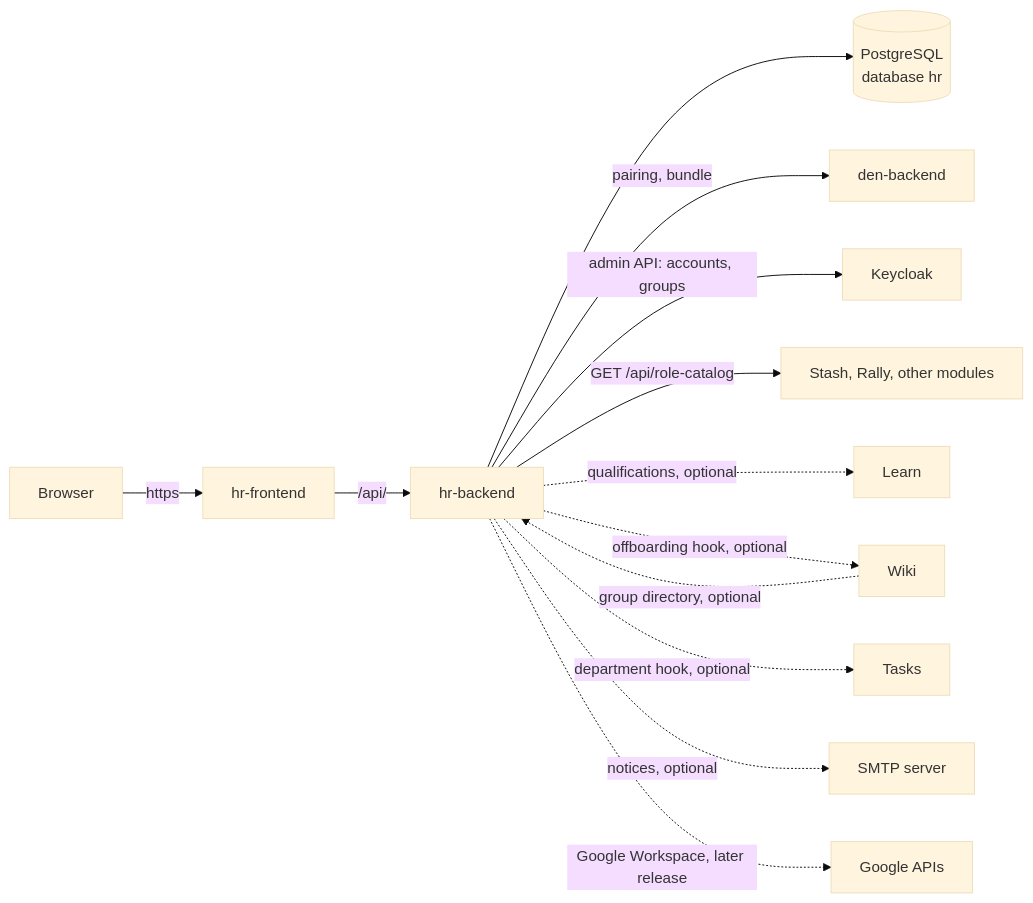
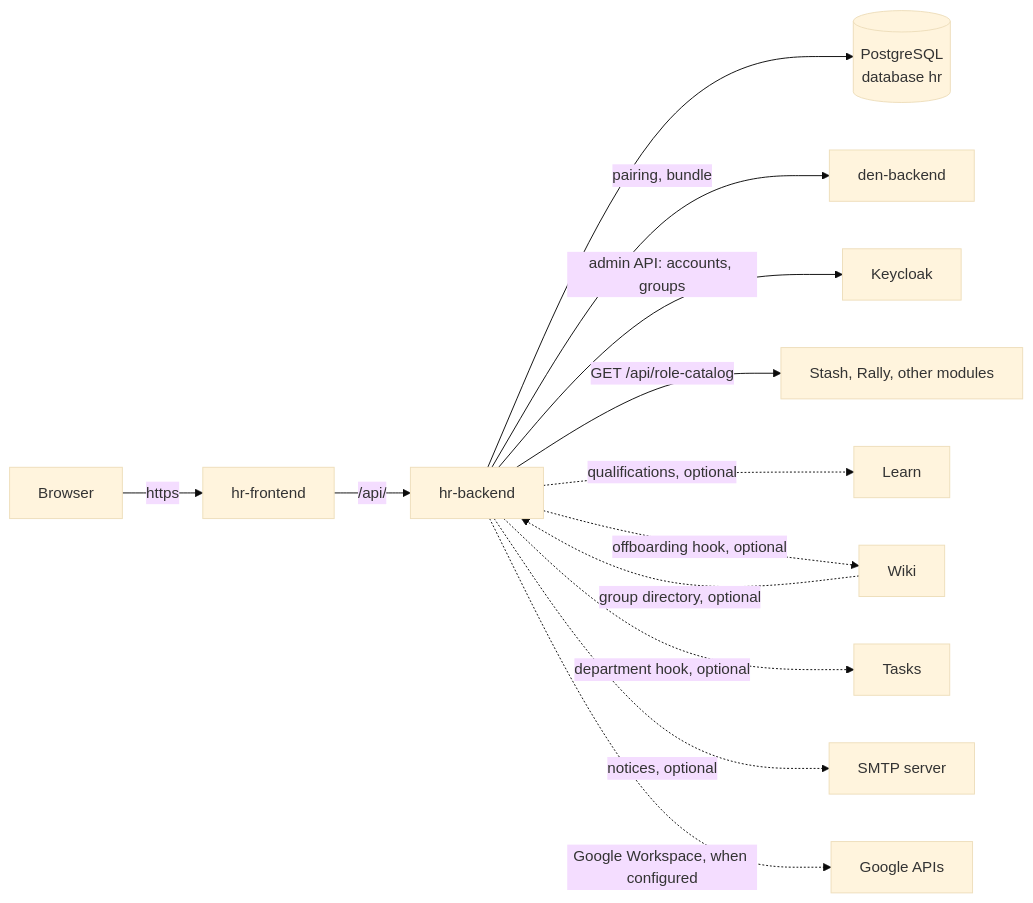
Before and after one commit to AGlElectronics/con-services: the diagram in docs/modules/hr/index.md, drawn with Mermaid (base theme). The commit also changed other lines of this file and 16 other files, not shown here.

First line of the commit message:
docs(hr): shared foundations, Workspace client and chart settings

````diff
--- a/docs/modules/hr/index.md
+++ b/docs/modules/hr/index.md
@@ -43,15 +43,15 @@
 ```mermaid
 flowchart LR
     browser[Browser] -->|https| fe[hr-frontend]
     fe -->|/api/| be[hr-backend]
     be --> pg[(PostgreSQL<br/>database hr)]
     be -->|pairing, bundle| den[den-backend]
     be -->|admin API: accounts, groups| kc[Keycloak]
     be -->|GET /api/role-catalog| mods[Stash, Rally, other modules]
     be -.->|qualifications, optional| learn[Learn]
     be -.->|offboarding hook, optional| wiki[Wiki]
     be -.->|department hook, optional| tasks[Tasks]
     wiki -.->|group directory, optional| be
     be -.->|notices, optional| smtp[SMTP server]
-    be -.->|Google Workspace, later release| google[Google APIs]
+    be -.->|Google Workspace, when configured| google[Google APIs]
 ```
````
